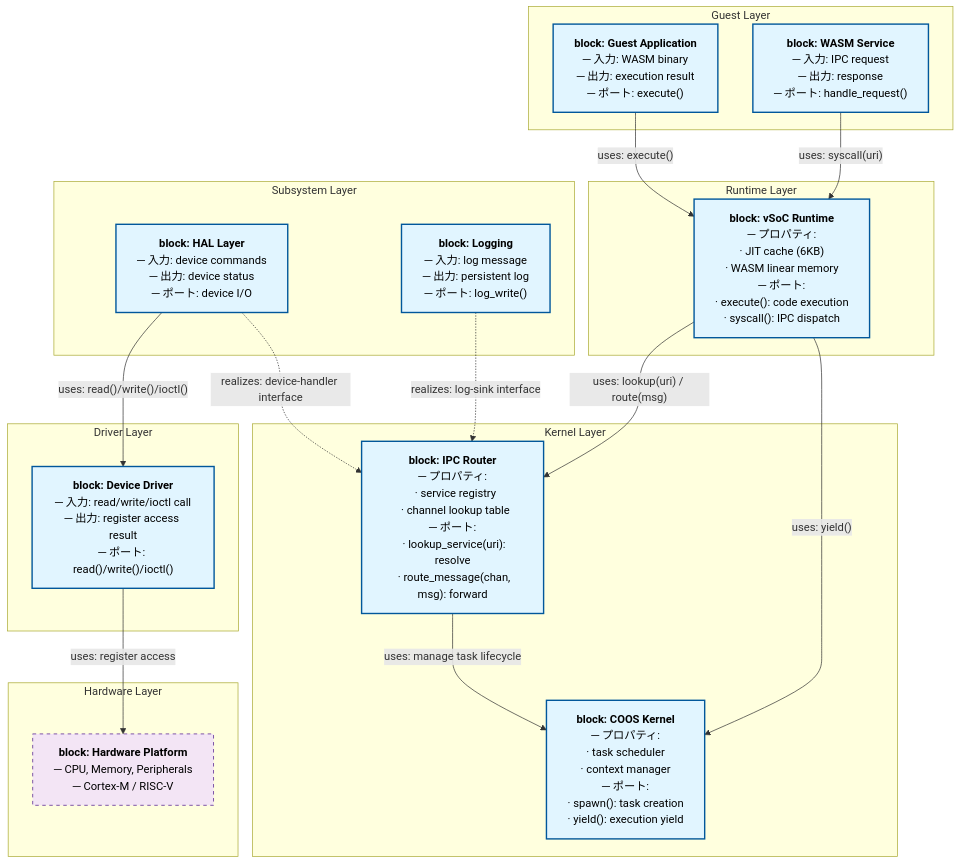
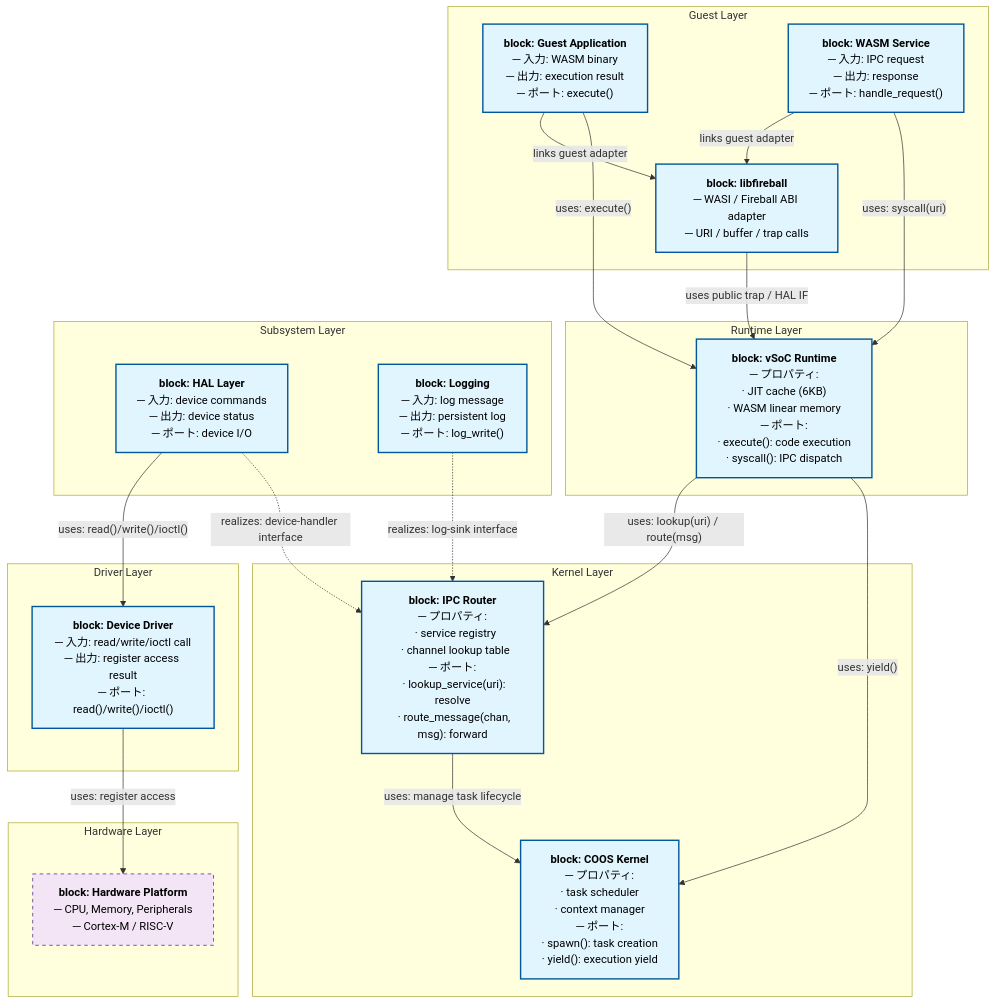
One commit to kmt-t/fireball changed the first of 4 diagrams in docs/architecture/architecture_overview.md. Above: the diagram before and after it, drawn with Mermaid. The commit also changed other lines of this file and 37 other files, not shown here.

````diff
--- a/docs/architecture/architecture_overview.md
+++ b/docs/architecture/architecture_overview.md
@@ -41,47 +42,51 @@
 ```mermaid
 graph TD
     classDef blockStyle fill:#e1f5ff,stroke:#01579b,stroke-width:2px,color:#000;
     classDef hwStyle fill:#f3e5f5,stroke:#4a148c,stroke-width:1px,stroke-dasharray: 5 5,color:#000;
 
     subgraph Guest["Guest Layer"]
         App["<b>block: Guest Application</b><br/>─ 入力: WASM binary<br/>─ 出力: execution result<br/>─ ポート: execute()"]:::blockStyle
         Svc["<b>block: WASM Service</b><br/>─ 入力: IPC request<br/>─ 出力: response<br/>─ ポート: handle_request()"]:::blockStyle
+        Lib["<b>block: libfireball</b><br/>─ WASI / Fireball ABI adapter<br/>─ URI / buffer / trap calls"]:::blockStyle
     end
 
     subgraph Runtime["Runtime Layer"]
         vSoC["<b>block: vSoC Runtime</b><br/>─ プロパティ:<br/>  · JIT cache (6KB)<br/>  · WASM linear memory<br/>─ ポート:<br/>  · execute(): code execution<br/>  · syscall(): IPC dispatch"]:::blockStyle
     end
 
     subgraph Kernel["Kernel Layer"]
         COOS["<b>block: COOS Kernel</b><br/>─ プロパティ:<br/>  · task scheduler<br/>  · context manager<br/>─ ポート:<br/>  · spawn(): task creation<br/>  · yield(): execution yield"]:::blockStyle
         IPCR["<b>block: IPC Router</b><br/>─ プロパティ:<br/>  · service registry<br/>  · channel lookup table<br/>─ ポート:<br/>  · lookup_service(uri): resolve<br/>  · route_message(chan, msg): forward"]:::blockStyle
     end
 
     subgraph Subsystem["Subsystem Layer"]
         HAL["<b>block: HAL Layer</b><br/>─ 入力: device commands<br/>─ 出力: device status<br/>─ ポート: device I/O"]:::blockStyle
         Log["<b>block: Logging</b><br/>─ 入力: log message<br/>─ 出力: persistent log<br/>─ ポート: log_write()"]:::blockStyle
     end
 
     subgraph Driver["Driver Layer"]
         Drv["<b>block: Device Driver</b><br/>─ 入力: read/write/ioctl call<br/>─ 出力: register access result<br/>─ ポート: read()/write()/ioctl()"]:::blockStyle
     end
 
     subgraph Hardware["Hardware Layer"]
         HW["<b>block: Hardware Platform</b><br/>─ CPU, Memory, Peripherals<br/>─ Cortex-M / RISC-V"]:::hwStyle
     end
 
     %% 実線 = 直接依存 (uses)
     %% 破線 = インターフェース実装 (realizes)
     App -->|"uses: execute()"| vSoC
     Svc -->|"uses: syscall(uri)"| vSoC
+    App -->|"links guest adapter"| Lib
+    Svc -->|"links guest adapter"| Lib
+    Lib -->|"uses public trap / HAL IF"| vSoC
 
     vSoC -->|"uses: yield()"| COOS
     vSoC -->|"uses: lookup(uri) / route(msg)"| IPCR
 
     IPCR -->|"uses: manage task lifecycle"| COOS
     HAL -.->|"realizes: device-handler interface"| IPCR
     Log -.->|"realizes: log-sink interface"| IPCR
 
     HAL -->|"uses: read()/write()/ioctl()"| Drv
     Drv -->|"uses: register access"| HW
 ```
````
